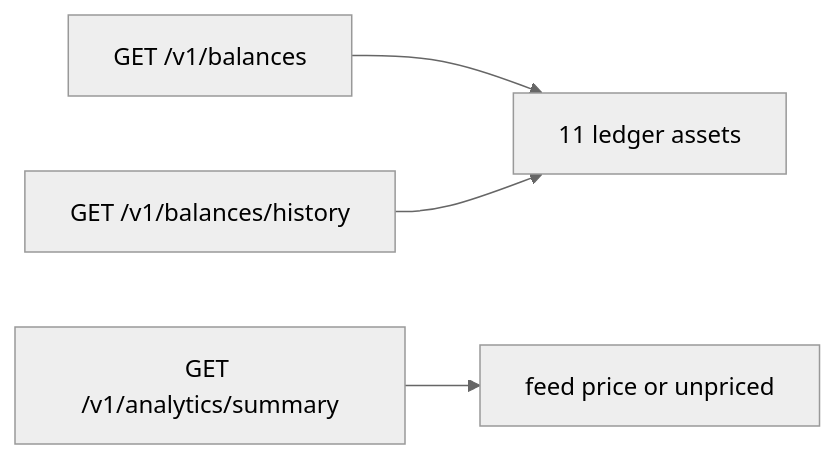
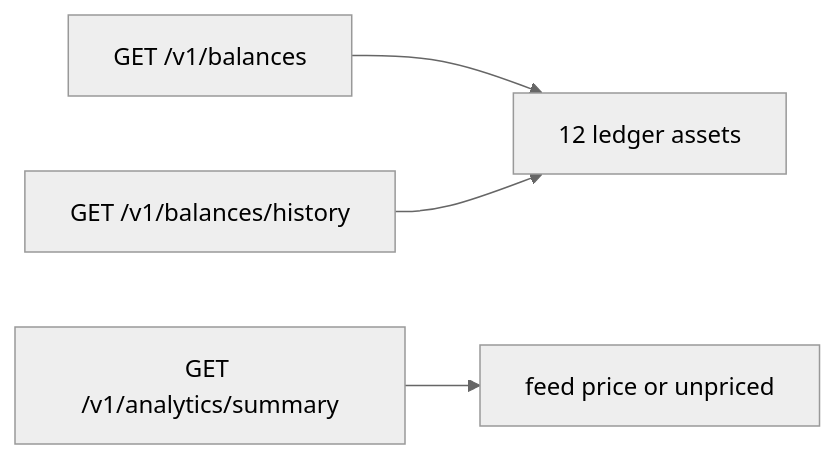
Before and after one commit to CBpayapp/cbpay-docs: the diagram in en/guides/fiat-ledger-assets.mdx, drawn with Mermaid (neutral theme). The commit also changed other lines of this file and 64 other files, not shown here.

````diff
--- a/en/guides/fiat-ledger-assets.mdx
+++ b/en/guides/fiat-ledger-assets.mdx
@@ -23,6 +23,6 @@
 ```mermaid
 flowchart LR
-  balances["GET /v1/balances"] --> ledger["11 ledger assets"]
+  balances["GET /v1/balances"] --> ledger["12 ledger assets"]
   history["GET /v1/balances/history"] --> ledger
   analytics["GET /v1/analytics/summary"] --> valuation["feed price or unpriced"]
 ```
````
